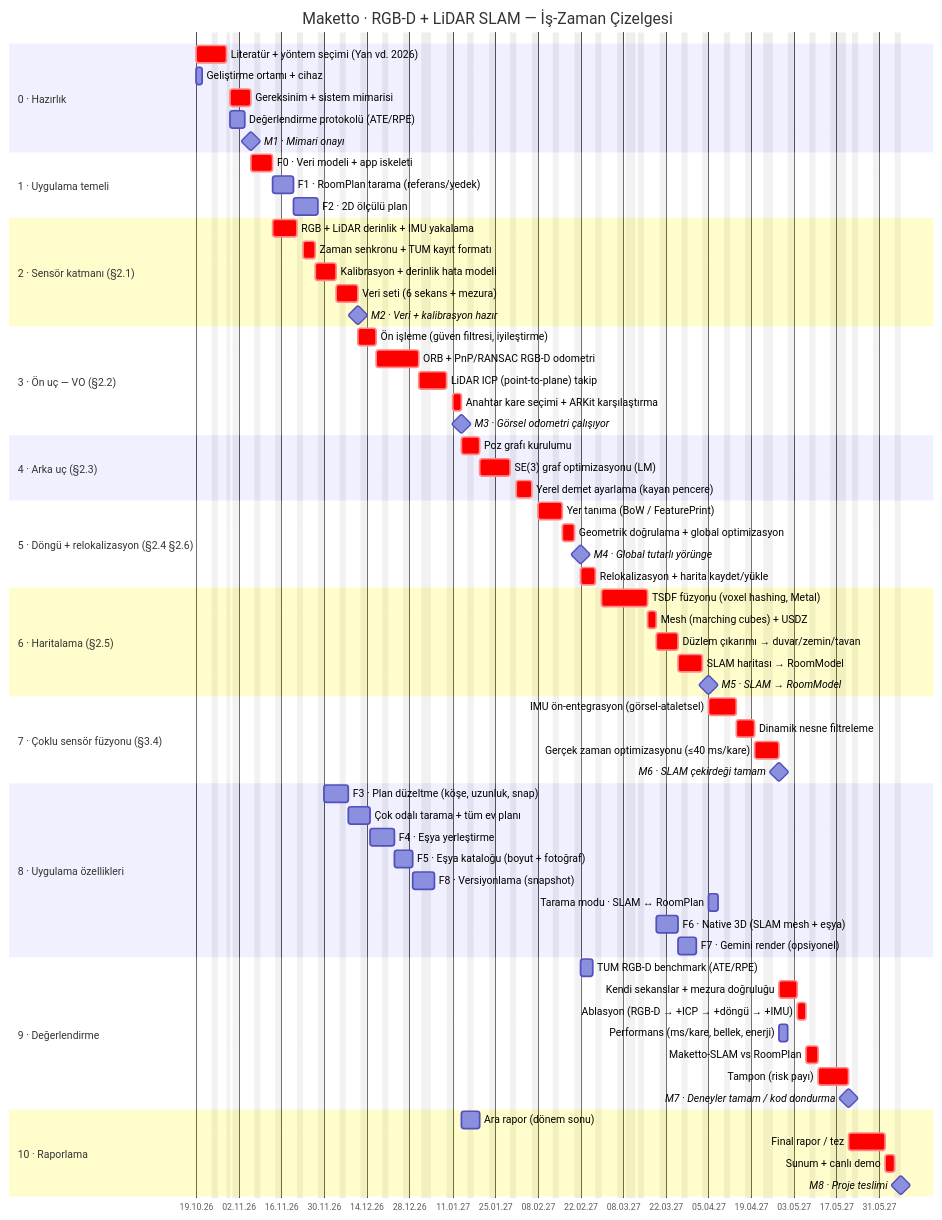
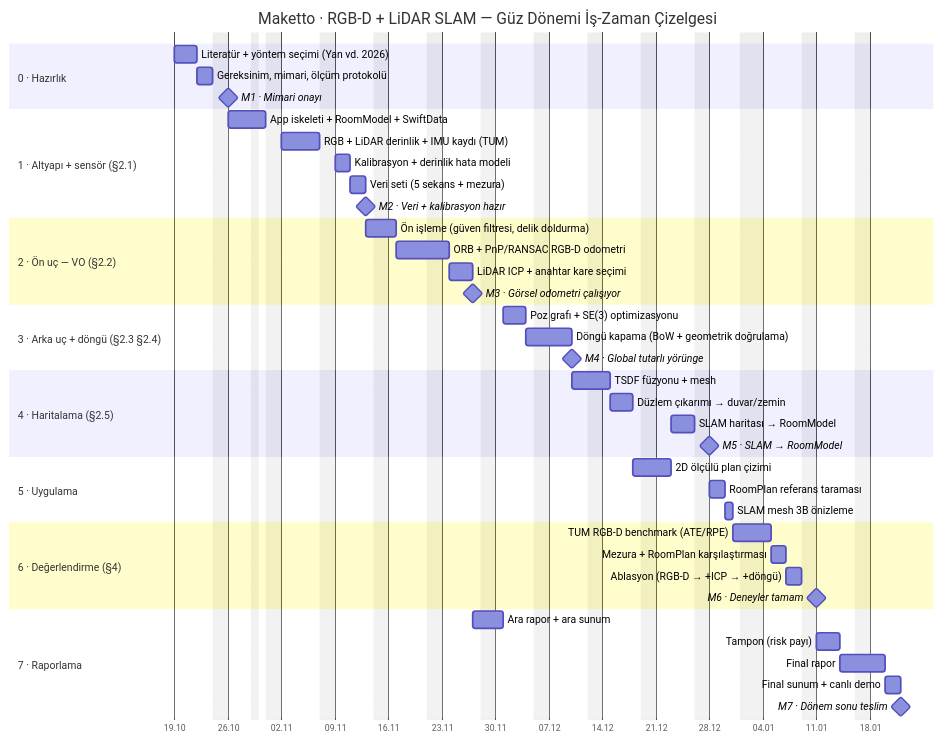
Before and after one commit to ismetaba/Maketto: the diagram in GANTT.md, drawn with Mermaid. The commit also changed other lines of this file and 1 other file, not shown here.

First line of the commit message:
Fit the Gantt schedule into one university semester

````diff
--- a/GANTT.md
+++ b/GANTT.md
@@ -19,85 +31,57 @@
 ```mermaid
-%%{init: {"gantt": {"leftPadding": 215, "barHeight": 20, "barGap": 5, "fontSize": 12, "sectionFontSize": 12, "numberSectionStyles": 4}}}%%
+%%{init: {"gantt": {"leftPadding": 190, "barHeight": 20, "barGap": 5, "fontSize": 12, "sectionFontSize": 12, "numberSectionStyles": 4}}}%%
 gantt
-    title Maketto · RGB-D + LiDAR SLAM — İş-Zaman Çizelgesi
+    title Maketto · RGB-D + LiDAR SLAM — Güz Dönemi İş-Zaman Çizelgesi
     dateFormat YYYY-MM-DD
-    axisFormat %d.%m.%y
-    tickInterval 2week
+    axisFormat %d.%m
+    tickInterval 1week
     weekday monday
-    excludes weekends, 2026-10-29, 2027-01-01, 2027-03-09, 2027-03-10, 2027-03-11, 2027-04-23, 2027-05-17, 2027-05-18, 2027-05-19
+    excludes weekends, 2026-10-29, 2027-01-01
 
     section 0 · Hazırlık
-    Literatür + yöntem seçimi (Yan vd. 2026)   :crit, lit, 2026-10-19, 8d
-    Geliştirme ortamı + cihaz                  :env, 2026-10-19, 2d
-    Gereksinim + sistem mimarisi               :crit, req, after lit, 5d
-    Değerlendirme protokolü (ATE/RPE)          :evalp, after lit, 3d
-    M1 · Mimari onayı                          :milestone, m1, after req evalp, 0d
+    Literatür + yöntem seçimi (Yan vd. 2026)   :lit, 2026-10-19, 3d
+    Gereksinim, mimari, ölçüm protokolü        :req, after lit, 2d
+    M1 · Mimari onayı                          :milestone, m1, after req, 0d
 
-    section 1 · Uygulama temeli
-    F0 · Veri modeli + app iskeleti            :crit, f0, after m1 env, 5d
-    F1 · RoomPlan tarama (referans/yedek)      :f1, after f0, 5d
-    F2 · 2D ölçülü plan                        :f2, after f1, 6d
-
-    section 2 · Sensör katmanı (§2.1)
-    RGB + LiDAR derinlik + IMU yakalama        :crit, cap, after f0, 6d
-    Zaman senkronu + TUM kayıt formatı         :crit, sync, after cap, 4d
-    Kalibrasyon + derinlik hata modeli         :crit, calib, after sync, 5d
-    Veri seti (6 sekans + mezura)              :crit, data, after calib, 5d
+    section 1 · Altyapı + sensör (§2.1)
+    App iskeleti + RoomModel + SwiftData       :f0, after m1, 4d
+    RGB + LiDAR derinlik + IMU kaydı (TUM)     :cap, after f0, 5d
+    Kalibrasyon + derinlik hata modeli         :calib, after cap, 2d
+    Veri seti (5 sekans + mezura)              :data, after calib, 2d
     M2 · Veri + kalibrasyon hazır              :milestone, m2, after data, 0d
 
-    section 3 · Ön uç — VO (§2.2)
-    Ön işleme (güven filtresi, iyileştirme)    :crit, pre, after m2, 4d
-    ORB + PnP/RANSAC RGB-D odometri            :crit, orb, after pre, 10d
-    LiDAR ICP (point-to-plane) takip           :crit, icp, after orb, 6d
-    Anahtar kare seçimi + ARKit karşılaştırma  :crit, kf, after icp, 3d
-    M3 · Görsel odometri çalışıyor             :milestone, m3, after kf, 0d
+    section 2 · Ön uç — VO (§2.2)
+    Ön işleme (güven filtresi, delik doldurma) :pre, after m2, 2d
+    ORB + PnP/RANSAC RGB-D odometri            :vo, after pre, 5d
+    LiDAR ICP + anahtar kare seçimi            :icp, after vo, 3d
+    M3 · Görsel odometri çalışıyor             :milestone, m3, after icp, 0d
 
-    section 4 · Arka uç (§2.3)
-    Poz grafı kurulumu                         :crit, pg, after m3, 4d
-    SE(3) graf optimizasyonu (LM)              :crit, opt, after pg, 8d
-    Yerel demet ayarlama (kayan pencere)       :crit, ba, after opt, 5d
+    section 3 · Arka uç + döngü (§2.3 §2.4)
+    Poz grafı + SE(3) optimizasyonu            :pg, after int, 3d
+    Döngü kapama (BoW + geometrik doğrulama)   :lc, after pg, 4d
+    M4 · Global tutarlı yörünge                :milestone, m4, after lc, 0d
 
-    section 5 · Döngü + relokalizasyon (§2.4 §2.6)
-    Yer tanıma (BoW / FeaturePrint)            :crit, pr, after ba, 6d
-    Geometrik doğrulama + global optimizasyon  :crit, gv, after pr, 4d
-    M4 · Global tutarlı yörünge                :milestone, m4, after gv, 0d
-    Relokalizasyon + harita kaydet/yükle       :crit, reloc, after gv, 5d
-
-    section 6 · Haritalama (§2.5)
-    TSDF füzyonu (voxel hashing, Metal)        :crit, tsdf, after reloc, 8d
-    Mesh (marching cubes) + USDZ               :crit, mesh, after tsdf, 3d
-    Düzlem çıkarımı → duvar/zemin/tavan        :crit, plane, after mesh, 5d
-    SLAM haritası → RoomModel                  :crit, rm, after plane, 6d
+    section 4 · Haritalama (§2.5)
+    TSDF füzyonu + mesh                        :tsdf, after m4, 3d
+    Düzlem çıkarımı → duvar/zemin              :plane, after tsdf, 3d
+    SLAM haritası → RoomModel                  :rm, after f2, 3d
     M5 · SLAM → RoomModel                      :milestone, m5, after rm, 0d
 
-    section 7 · Çoklu sensör füzyonu (§3.4)
-    IMU ön-entegrasyon (görsel-ataletsel)      :crit, imu, after m5, 7d
-    Dinamik nesne filtreleme                   :crit, dyn, after imu, 4d
-    Gerçek zaman optimizasyonu (≤40 ms/kare)   :crit, rt, after dyn, 5d
-    M6 · SLAM çekirdeği tamam                  :milestone, m6, after rt, 0d
+    section 5 · Uygulama
+    2D ölçülü plan çizimi                      :f2, after plane, 3d
+    RoomPlan referans taraması                 :f1, after m5, 2d
+    SLAM mesh 3B önizleme                      :view, after f1, 1d
 
-    section 8 · Uygulama özellikleri
-    F3 · Plan düzeltme (köşe, uzunluk, snap)   :f3, after f2, 6d
-    Çok odalı tarama + tüm ev planı            :multi, after f3, 5d
-    F4 · Eşya yerleştirme                      :f4, after multi, 6d
-    F5 · Eşya kataloğu (boyut + fotoğraf)      :f5, after f4, 4d
-    F8 · Versiyonlama (snapshot)               :f8, after f5, 4d
-    Tarama modu · SLAM ↔ RoomPlan              :mode, after m5, 3d
-    F6 · Native 3D (SLAM mesh + eşya)          :f6, after mesh f8, 5d
-    F7 · Gemini render (opsiyonel)             :f7, after f6, 4d
+    section 6 · Değerlendirme (§4)
+    TUM RGB-D benchmark (ATE/RPE)              :bench, after view, 2d
+    Mezura + RoomPlan karşılaştırması          :own, after bench, 2d
+    Ablasyon (RGB-D → +ICP → +döngü)           :abl, after own, 2d
+    M6 · Deneyler tamam                        :milestone, m6, after abl, 0d
 
-    section 9 · Değerlendirme
-    TUM RGB-D benchmark (ATE/RPE)              :bench, after m4, 4d
-    Kendi sekanslar + mezura doğruluğu         :crit, own, after m6, 4d
-    Ablasyon (RGB-D → +ICP → +döngü → +IMU)    :crit, abl, after own, 3d
-    Performans (ms/kare, bellek, enerji)       :perf, after rt, 3d
-    Maketto-SLAM vs RoomPlan                   :crit, rpcmp, after abl mode, 2d
-    Tampon (risk payı)                         :crit, buf, after rpcmp perf f6, 5d
-    M7 · Deneyler tamam / kod dondurma         :milestone, m7, after buf, 0d
-
-    section 10 · Raporlama
-    Ara rapor (dönem sonu)                     :int, after m3, 4d
-    Final rapor / tez                          :crit, final, after m7, 8d
-    Sunum + canlı demo                         :crit, demo, after final, 3d
-    M8 · Proje teslimi                         :milestone, m8, after demo, 0d
+    section 7 · Raporlama
+    Ara rapor + ara sunum                      :int, after m3, 2d
+    Tampon (risk payı)                         :buf, after m6, 3d
+    Final rapor                                :final, after buf, 4d
+    Final sunum + canlı demo                   :demo, after final, 2d
+    M7 · Dönem sonu teslim                     :milestone, m7, after demo, 0d
 ```
````
